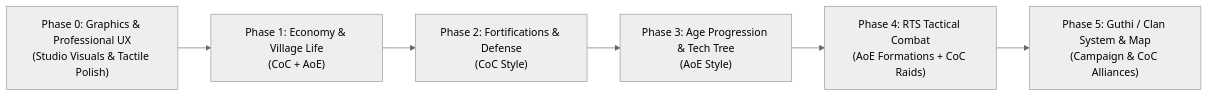
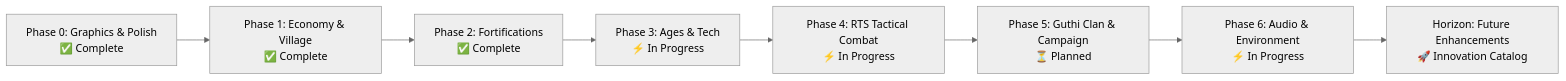
One commit to sanishchahero/age-of-gorkha changed the first of 4 diagrams in TASK.md. Above: the diagram before and after it, drawn with Mermaid (neutral theme). The commit also changed other lines of this file, not shown here.

Commit message:
docs: Expand TASK.md with comprehensive future enhancements catalog and roadmap matrix

````diff
--- a/TASK.md
+++ b/TASK.md
@@ -12,8 +12,10 @@
 ```mermaid
 flowchart LR
-    M0["Phase 0: Graphics & Professional UX<br/>(Studio Visuals & Tactile Polish)"] --> M1["Phase 1: Economy & Village Life<br/>(CoC + AoE)"]
-    M1 --> M2["Phase 2: Fortifications & Defense<br/>(CoC Style)"]
-    M2 --> M3["Phase 3: Age Progression & Tech Tree<br/>(AoE Style)"]
-    M3 --> M4["Phase 4: RTS Tactical Combat<br/>(AoE Formations + CoC Raids)"]
-    M4 --> M5["Phase 5: Guthi / Clan System & Map<br/>(Campaign & CoC Alliances)"]
+    M0["Phase 0: Graphics & Polish<br/>✅ Complete"] --> M1["Phase 1: Economy & Village<br/>✅ Complete"]
+    M1 --> M2["Phase 2: Fortifications<br/>✅ Complete"]
+    M2 --> M3["Phase 3: Ages & Tech<br/>⚡ In Progress"]
+    M3 --> M4["Phase 4: RTS Tactical Combat<br/>⚡ In Progress"]
+    M4 --> M5["Phase 5: Guthi Clan & Campaign<br/>⏳ Planned"]
+    M5 --> M6["Phase 6: Audio & Environment<br/>⚡ In Progress"]
+    M6 --> M7["Horizon: Future Enhancements<br/>🚀 Innovation Catalog"]
 ```
````
